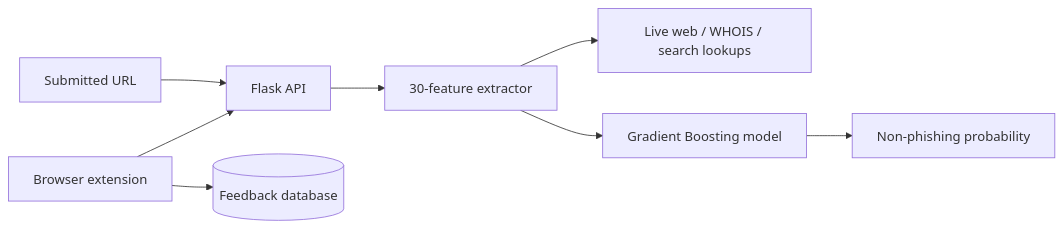
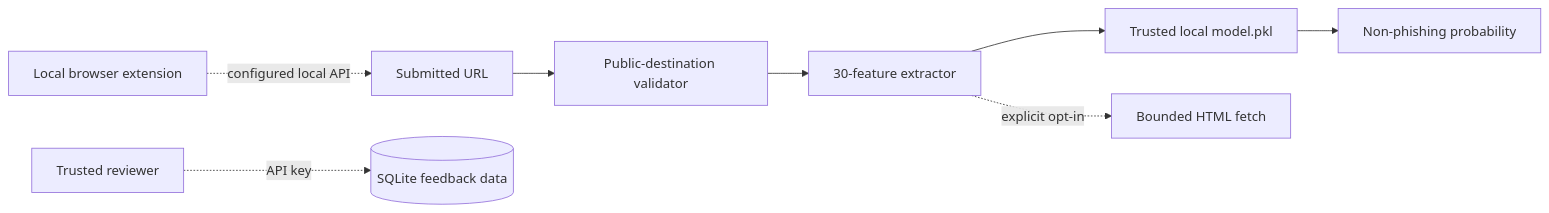
One commit to jayanth-mkv/phishing-links-detection-model changed the diagram in README.md. Above: the diagram before and after it, drawn with Mermaid. The commit also changed other lines of this file and 17 other files, not shown here.

````diff
--- a/README.md
+++ b/README.md
@@ -19,10 +45,10 @@
 ```mermaid
 flowchart LR
-    U[Submitted URL] --> A[Flask API]
-    A --> F[30-feature extractor]
-    F --> W[Live web / WHOIS / search lookups]
-    F --> M[Gradient Boosting model]
+    U[Submitted URL] --> V[Public-destination validator]
+    V --> F[30-feature extractor]
+    F --> M[Trusted local model.pkl]
     M --> P[Non-phishing probability]
-    E[Browser extension] --> A
-    E --> D[(Feedback database)]
+    F -. explicit opt-in .-> H[Bounded HTML fetch]
+    E[Local browser extension] -. configured local API .-> U
+    A[Trusted reviewer] -. API key .-> D[(SQLite feedback data)]
 ```
````
